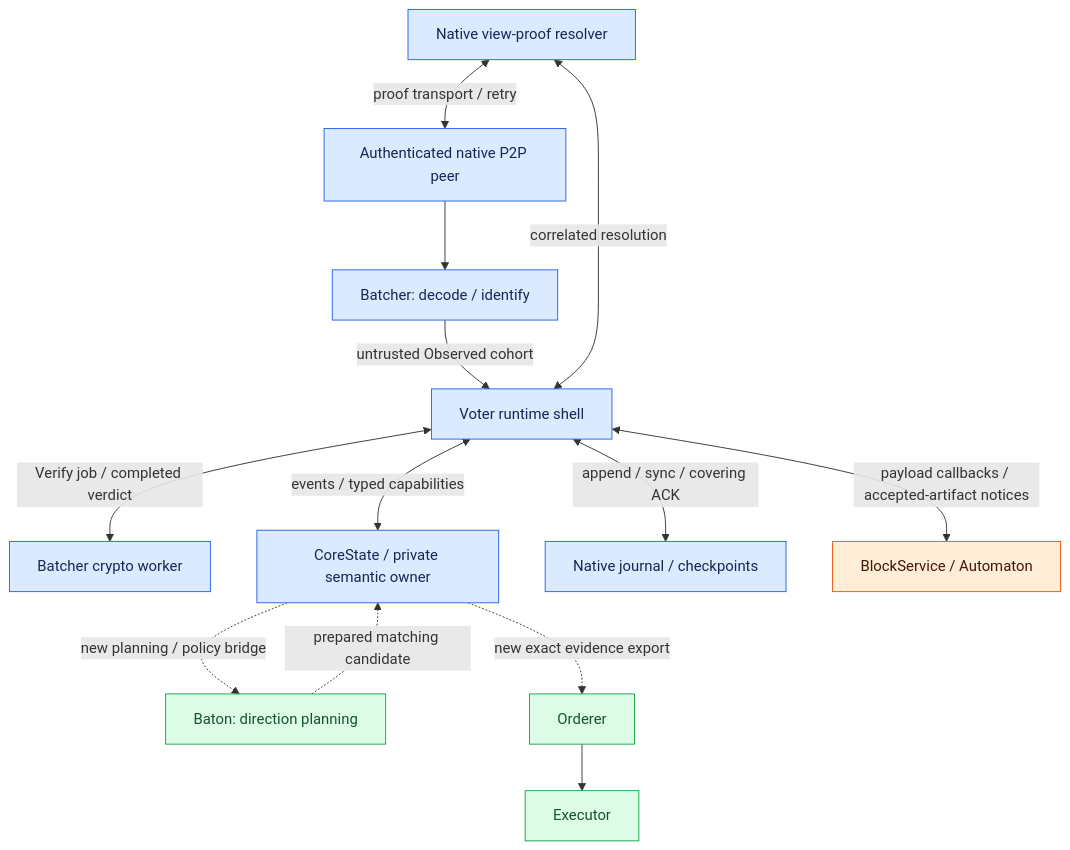
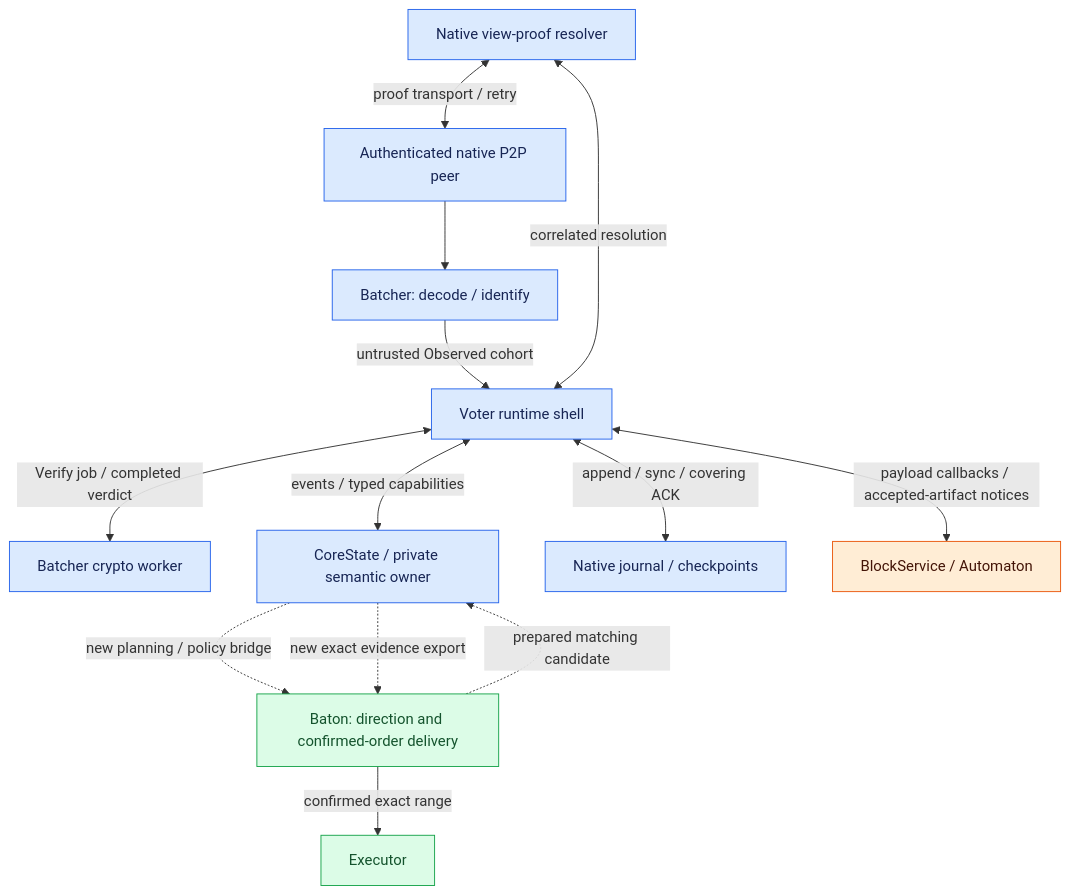
The diagram in docs/consensus/README.md (djm07073/baton-research), drawn with Mermaid before and after one commit. The commit also changed other lines of this file and 78 other files, not shown here.

````diff
--- a/docs/consensus/README.md
+++ b/docs/consensus/README.md
@@ -17,21 +17,21 @@
 ```mermaid
 flowchart TB
     W[Authenticated native P2P peer] --> B[Batcher: decode / identify]
     B -->|untrusted Observed cohort| V[Voter runtime shell]
     V <-->|Verify job / completed verdict| K[Batcher crypto worker]
     R[Native view-proof resolver] <-->|proof transport / retry| W
     R <-->|correlated resolution| V
     V <-->|events / typed capabilities| C[CoreState / private semantic owner]
     V <-->|append / sync / covering ACK| J[Native journal / checkpoints]
     V <-->|payload callbacks / accepted-artifact notices| A[BlockService / Automaton]
-    C -. new planning / policy bridge .-> P[Baton: direction planning]
+    C -. new planning / policy bridge .-> P[Baton: direction and confirmed-order delivery]
     P -. prepared matching candidate .-> C
-    C -. new exact evidence export .-> D[Orderer]
-    D --> E[Executor]
+    C -. new exact evidence export .-> P
+    P -->|confirmed exact range| E[Executor]
     classDef reuse fill:#dbeafe,stroke:#2563eb,color:#172554;
     classDef adapt fill:#ffedd5,stroke:#ea580c,color:#431407;
     classDef fresh fill:#dcfce7,stroke:#16a34a,color:#14532d;
     class W,B,K,V,R,C,J reuse;
     class A adapt;
-    class P,D,E fresh;
+    class P,E fresh;
 ```
````
